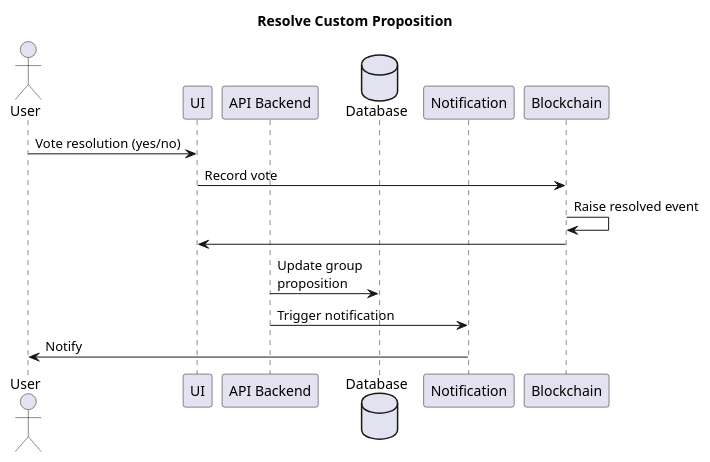
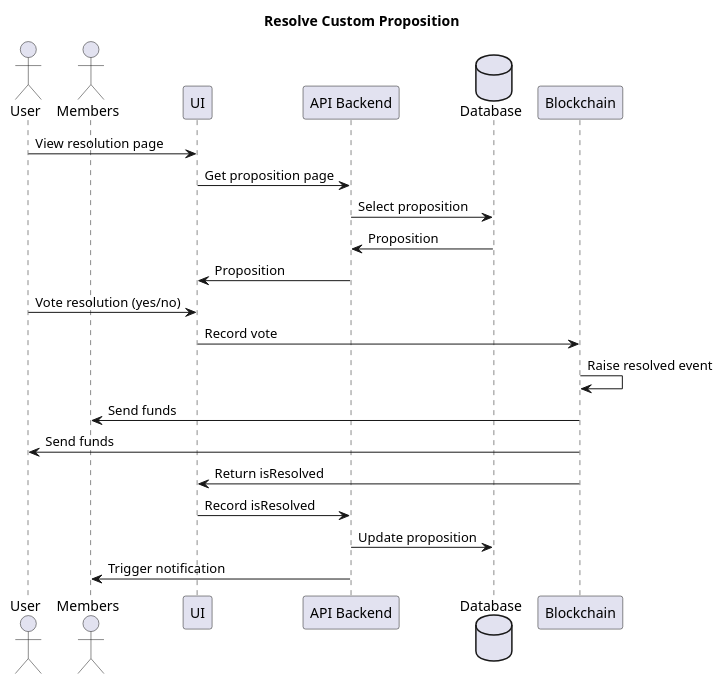
Before and after one commit to adhurjaty/prediction-app: the diagram in Diagrams/UserStories/resolve_custom_proposition.puml, drawn with PlantUML. The commit also changed 8 other files, not shown here.

Commit message:
updates diagrams

```diff
--- a/Diagrams/UserStories/resolve_custom_proposition.puml
+++ b/Diagrams/UserStories/resolve_custom_proposition.puml
@@ -1,20 +1,27 @@
 @startuml Resolve Custom Proposition 
 
 title Resolve Custom Proposition 
 
 actor User as user
+actor Members as members
 participant UI as ui
 participant "API Backend" as api
 database Database as db
-participant Notification as notify
 participant Blockchain as bc
 
+user -> ui : View resolution page
+ui -> api : Get proposition page
+api -> db : Select proposition
+db -> api : Proposition
+api -> ui : Proposition
 user -> ui : Vote resolution (yes/no)
 ui -> bc : Record vote
 bc -> bc : Raise resolved event
-bc -> ui : 
-api -> db : Update group\nproposition
-api -> notify : Trigger notification
-notify -> user : Notify
+bc -> members : Send funds
+bc -> user : Send funds
+bc -> ui : Return isResolved
+ui -> api : Record isResolved
+api -> db : Update proposition 
+api -> members : Trigger notification
 
 @enduml
```
